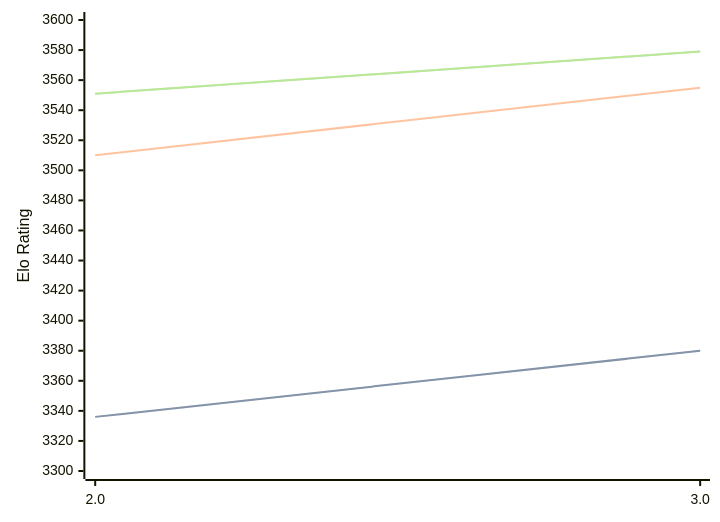
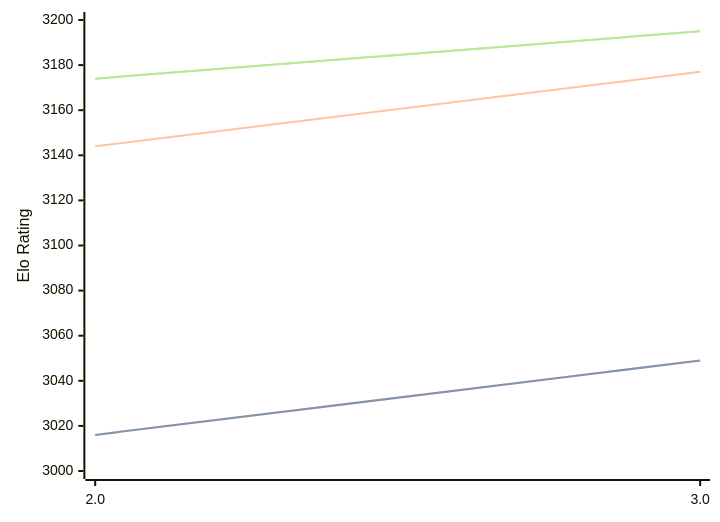
Before and after one commit to computer-chess-index/cci: the diagram in engines/Quanticade.md, drawn with Mermaid. The commit also changed other lines of this file, not shown here.

Commit message:
Update CCI Ratings (ELO VLTC) - 2026-02-23

````diff
--- a/engines/Quanticade.md
+++ b/engines/Quanticade.md
@@ -38,11 +38,11 @@
 ```mermaid
 %%{init: {"theme":"base","themeVariables":{"seriesColors:['#a3a3a3','#222221','#faa371']}}}%%
 xychart-beta
   x-axis ["2.0", "3.0"]
-  y-axis "Elo Rating" 3300 --> 3600
-  line "STC (8.0+0.08s)" [3336, 3380]
-  line "STC (8.0+0.08s)" [3336, 3380]
-  line "LTC (60.0+0.60s)" [3510, 3555]
-  line "VLTC (2m24s+1.12s)" [3551, 3579]
-  line "VLTC (2m24s+1.12s)" [3551, 3579]
+  y-axis "Elo Rating" 3000 --> 3200
+  line "STC (8.0+0.08s)" [3016, 3049]
+  line "STC (8.0+0.08s)" [3016, 3049]
+  line "LTC (60.0+0.60s)" [3144, 3177]
+  line "VLTC (2m24s+1.12s)" [3174, 3195]
+  line "VLTC (2m24s+1.12s)" [3174, 3195]
 ```
````
